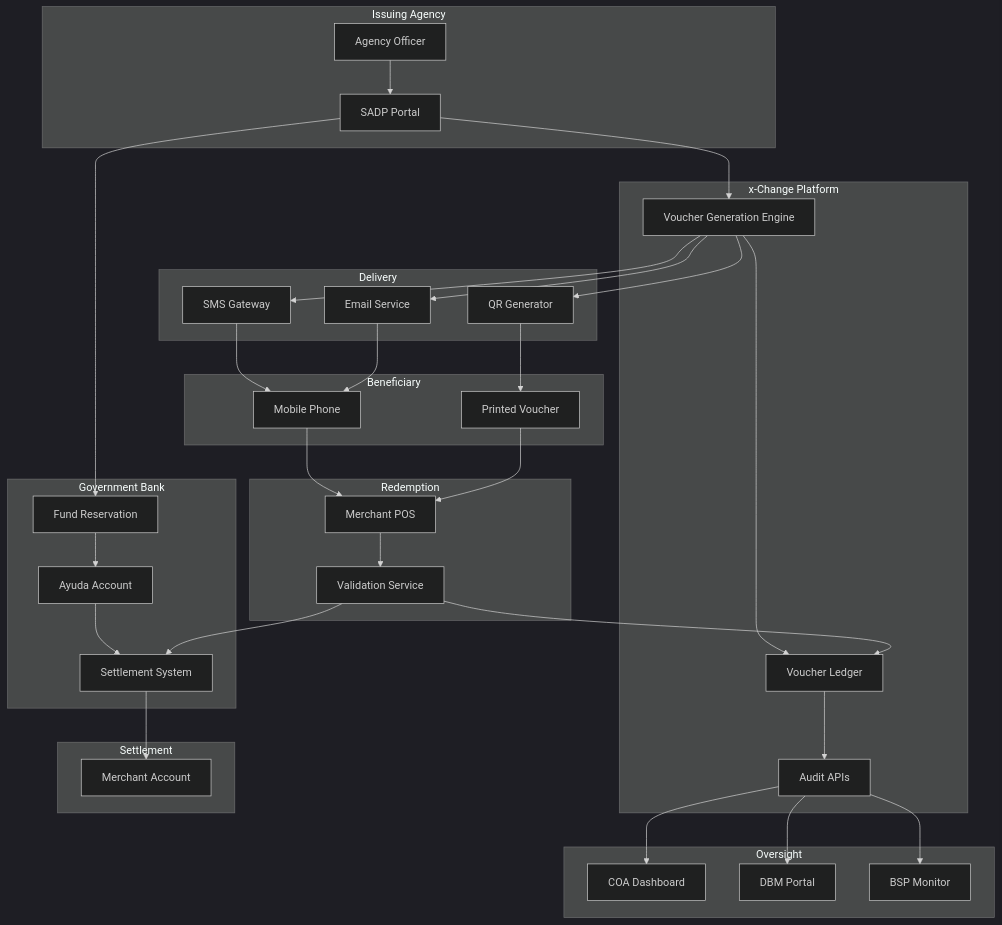
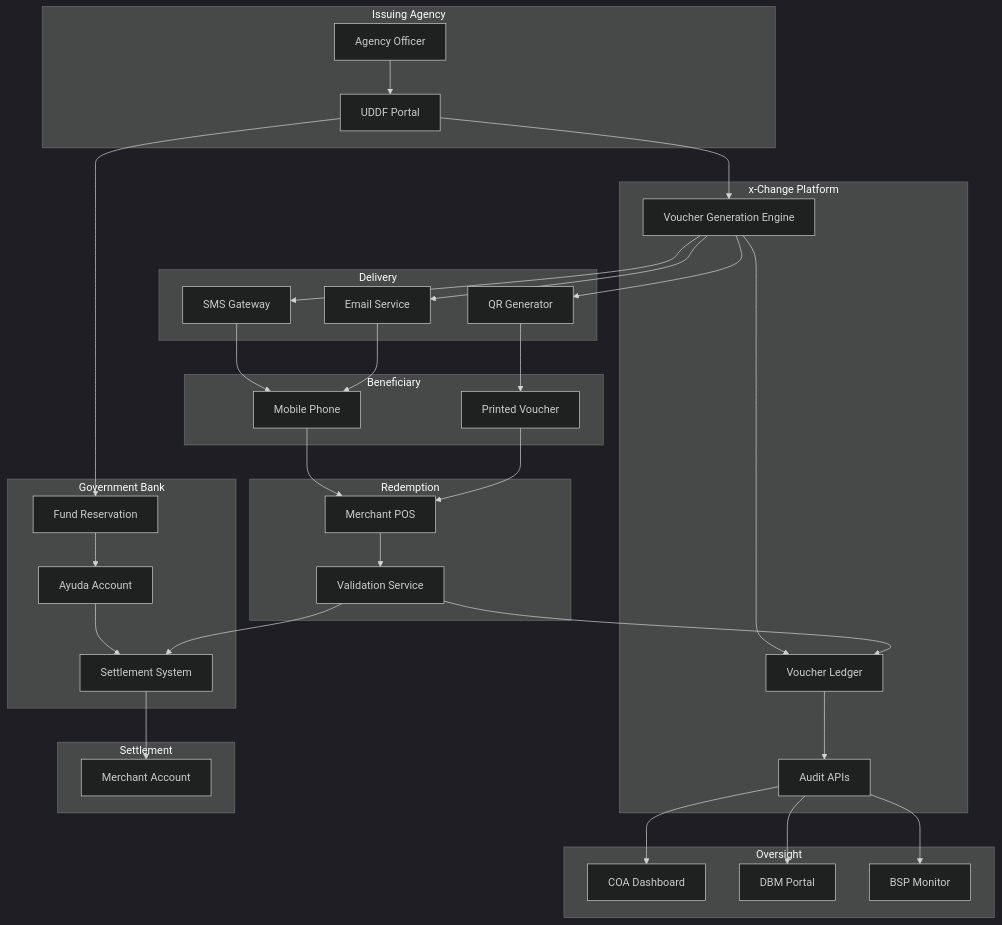
Before and after one commit to 3neti/ayuda-docs: the diagram in docs/architecture.md, drawn with Mermaid (dark theme). The commit also changed other lines of this file and 28 other files, not shown here.

````diff
--- a/docs/architecture.md
+++ b/docs/architecture.md
@@ -181,48 +181,48 @@
 ```mermaid
 graph TB
     subgraph "Issuing Agency"
-        A[Agency Officer] --> B[SADP Portal]
+        A[Agency Officer] --> B[UDDF Portal]
     end
     
     subgraph "x-Change Platform"
         B --> C[Voucher Generation Engine]
         C --> D[Voucher Ledger]
         D --> E[Audit APIs]
     end
     
     subgraph "Government Bank"
         B --> F[Fund Reservation]
         F --> G[Ayuda Account]
         G --> H[Settlement System]
     end
     
     subgraph "Delivery"
         C --> I[SMS Gateway]
         C --> J[Email Service]
         C --> K[QR Generator]
     end
     
     subgraph "Beneficiary"
         I --> L[Mobile Phone]
         J --> L
         K --> M[Printed Voucher]
     end
     
     subgraph "Redemption"
         L --> N[Merchant POS]
         M --> N
         N --> O[Validation Service]
         O --> D
     end
     
     subgraph "Settlement"
         O --> H
         H --> P[Merchant Account]
     end
     
     subgraph "Oversight"
         E --> Q[COA Dashboard]
         E --> R[DBM Portal]
         E --> S[BSP Monitor]
     end
 ```
````
